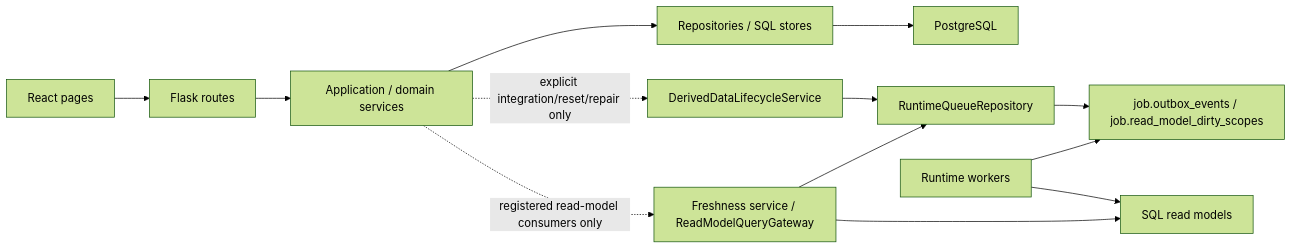
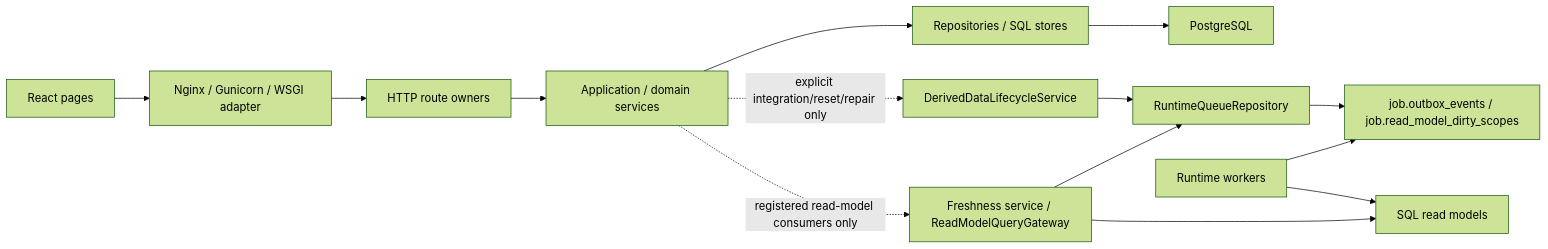
The diagram in docs/app-architecture/runtime-and-ownership.md (Yhuir/fin-ops-platform), drawn with Mermaid (forest theme) before and after one commit. The commit also changed other lines of this file and 114 other files, not shown here.

````diff
--- a/docs/app-architecture/runtime-and-ownership.md
+++ b/docs/app-architecture/runtime-and-ownership.md
@@ -9,15 +9,16 @@
 ```mermaid
 flowchart LR
-  UI["React pages"] --> API["Flask routes"]
+  UI["React pages"] --> HTTP["Nginx / Gunicorn / WSGI adapter"]
+  HTTP --> API["HTTP route owners"]
   API --> Service["Application / domain services"]
   Service --> Repo["Repositories / SQL stores"]
   Repo --> PG["PostgreSQL"]
   Service -. "explicit integration/reset/repair only" .-> Lifecycle["DerivedDataLifecycleService"]
   Lifecycle --> Queue["RuntimeQueueRepository"]
   Queue --> Outbox["job.outbox_events / job.read_model_dirty_scopes"]
   Worker["Runtime workers"] --> Outbox
   Worker --> Projection["SQL read models"]
   Service -. "registered read-model consumers only" .-> Gateway["Freshness service / ReadModelQueryGateway"]
   Gateway --> Projection
   Gateway --> Queue
 ```
````
